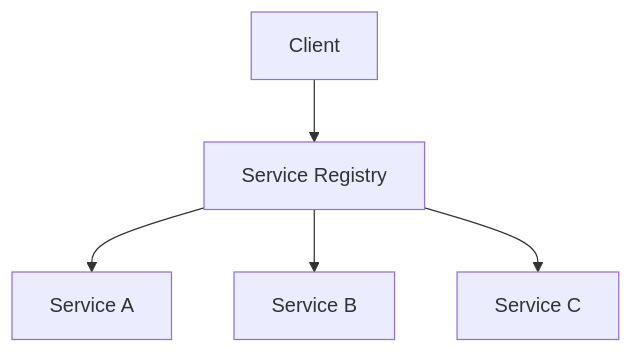
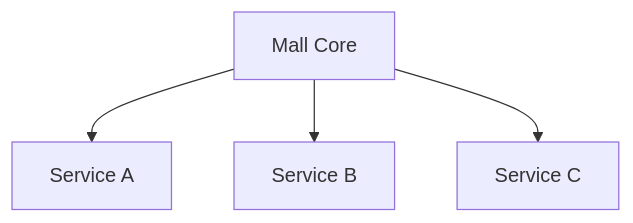
One commit to nogeniuss/arquiteturas-de-software changed the seventh of 15 diagrams in README.md. Above: the diagram before and after it, drawn with Mermaid. The commit also changed other lines of this file, not shown here.

````diff
--- a/README.md
+++ b/README.md
@@ -58,7 +58,6 @@
 ```mermaid
 graph TD
-    A[Client] --> B[Service Registry]
-    B --> C[Service A]
-    B --> D[Service B]
-    B --> E[Service C]
+    A[Mall Core] --> B[Service A]
+    A --> C[Service B]
+    A --> D[Service C]
 ```
````
